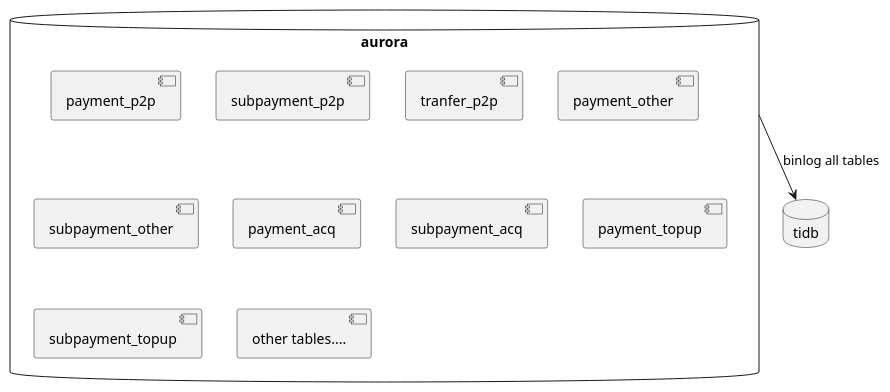
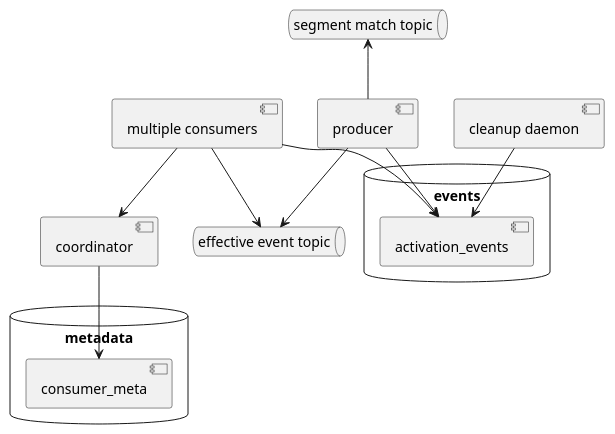
The eighth of 9 diagrams in mgmt/plan.plantuml (george24601/notes), drawn with PlantUML before and after one commit. The commit also changed other lines of this file and 39 other files, not shown here.

```diff
--- a/mgmt/plan.plantuml
+++ b/mgmt/plan.plantuml
@@ -93,16 +136,27 @@
 @startuml
-database "aurora" {
-  [payment_p2p]
-  [subpayment_p2p]
-  [tranfer_p2p]
-  [payment_other]
-  [subpayment_other]
-  [payment_acq]
-  [subpayment_acq]
-  [payment_topup]
-  [subpayment_topup]
-  [other tables....]
+database "events" {
+  [activation_events] as ae
 }
-database tidb
-aurora --> tidb: binlog all tables
+database "metadata" {
+  [consumer_meta] as cm 
+}
+
+[producer] as dep
+
+queue "segment match topic" as uet
+queue "effective event topic" as eet
+
+[multiple consumers] as c1
+[coordinator] as co
+[cleanup daemon] as cd
+
+dep --> eet
+uet <-- dep
+dep --> ae
+c1 --> co
+co --> cm
+c1 --> ae
+cd --> ae
+c1 --> eet
+
 @enduml
```
